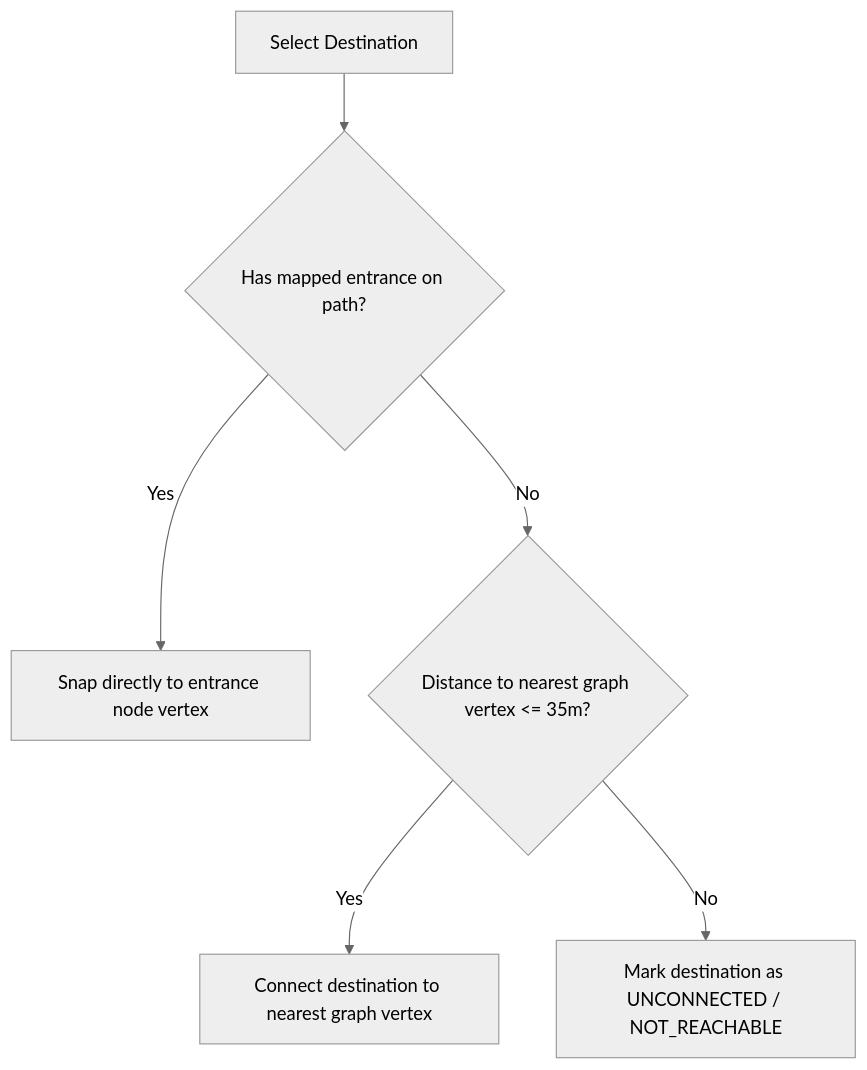
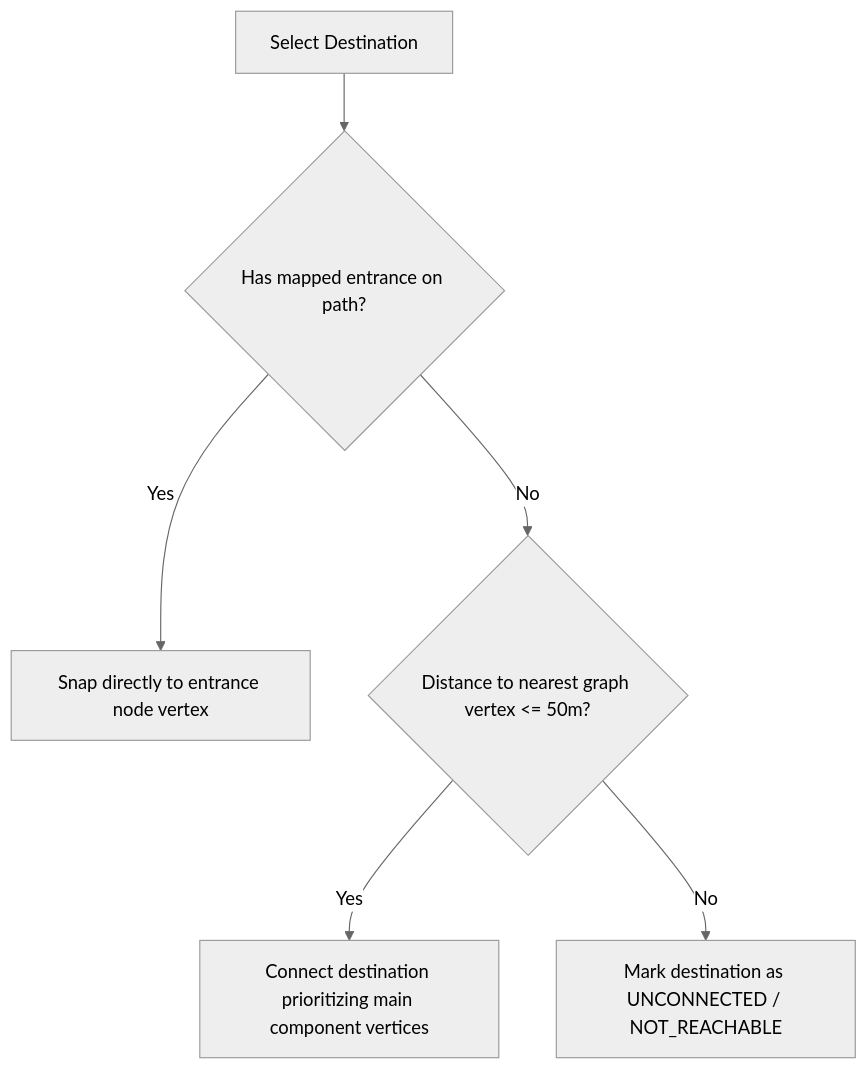
One commit to muskangoyal171/smart-route-finder-starter changed the diagram in docs/osm-data-specification.md. Above: the diagram before and after it, drawn with Mermaid (neutral theme). The commit also changed other lines of this file and 5 other files, not shown here.

````diff
--- a/docs/osm-data-specification.md
+++ b/docs/osm-data-specification.md
@@ -83,8 +86,8 @@
 ```mermaid
 flowchart TD
     D[Select Destination] --> E{Has mapped entrance on path?}
     E -- Yes --> V1[Snap directly to entrance node vertex]
-    E -- No --> C{Distance to nearest graph vertex <= 35m?}
-    C -- Yes --> V2[Connect destination to nearest graph vertex]
+    E -- No --> C{Distance to nearest graph vertex <= 50m?}
+    C -- Yes --> V2[Connect destination prioritizing main component vertices]
     C -- No --> U[Mark destination as UNCONNECTED / NOT_REACHABLE]
 ```
````
